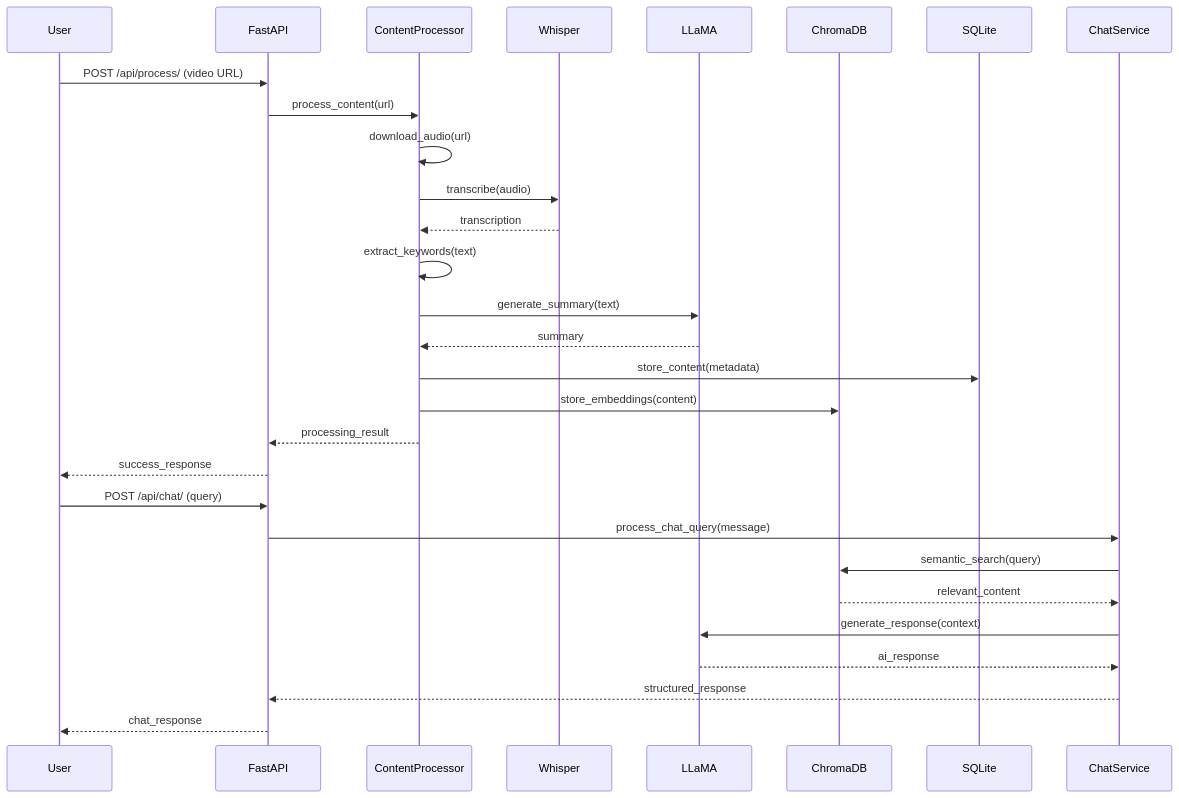
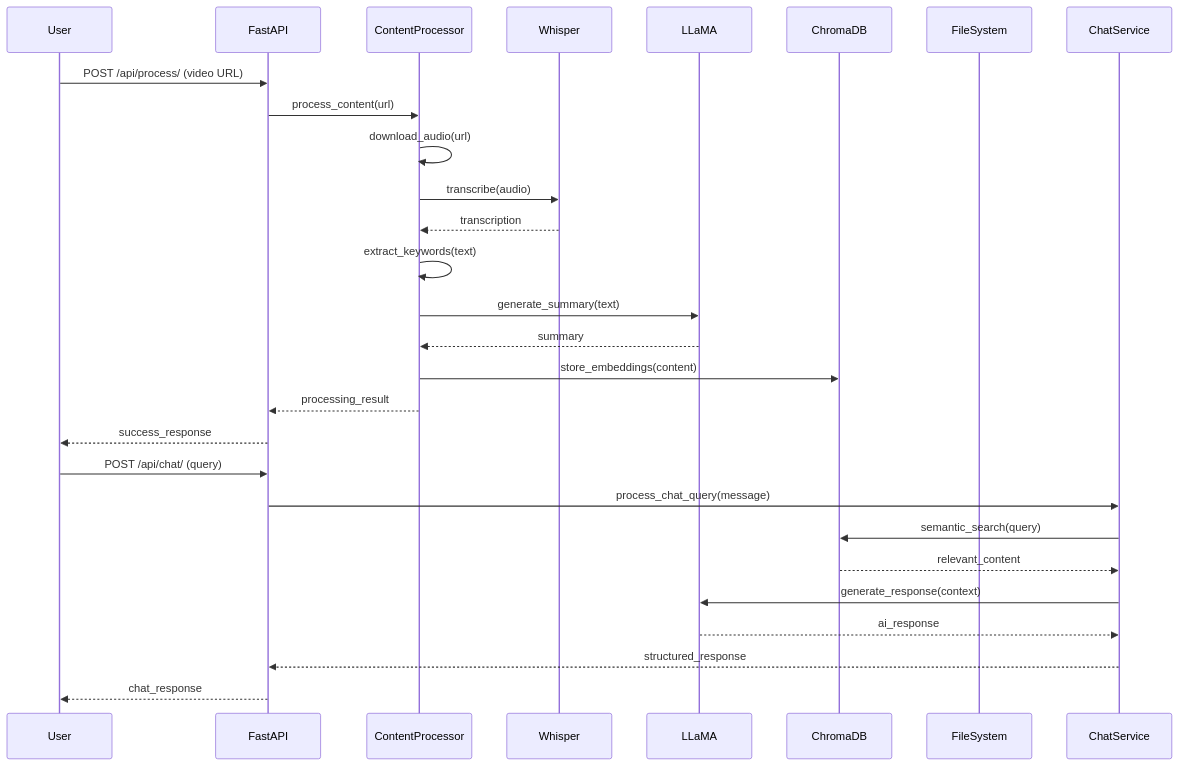
One commit to SharmaPrakhar25/social-brain changed the second of 2 diagrams in README.md. Above: the diagram before and after it, drawn with Mermaid. The commit also changed other lines of this file and 1 other file, not shown here.

````diff
--- a/README.md
+++ b/README.md
@@ -191,34 +188,33 @@
 ```mermaid
 sequenceDiagram
     participant User
     participant FastAPI
     participant ContentProcessor
     participant Whisper
     participant LLaMA
     participant ChromaDB
-    participant SQLite
+    participant FileSystem
 
     %% Content Processing Flow
     User->>FastAPI: POST /api/process/ (video URL)
     FastAPI->>ContentProcessor: process_content(url)
     ContentProcessor->>ContentProcessor: download_audio(url)
     ContentProcessor->>Whisper: transcribe(audio)
     Whisper-->>ContentProcessor: transcription
     ContentProcessor->>ContentProcessor: extract_keywords(text)
     ContentProcessor->>LLaMA: generate_summary(text)
     LLaMA-->>ContentProcessor: summary
-    ContentProcessor->>SQLite: store_content(metadata)
     ContentProcessor->>ChromaDB: store_embeddings(content)
     ContentProcessor-->>FastAPI: processing_result
     FastAPI-->>User: success_response
 
     %% Chat Flow
     User->>FastAPI: POST /api/chat/ (query)
     FastAPI->>ChatService: process_chat_query(message)
     ChatService->>ChromaDB: semantic_search(query)
     ChromaDB-->>ChatService: relevant_content
     ChatService->>LLaMA: generate_response(context)
     LLaMA-->>ChatService: ai_response
     ChatService-->>FastAPI: structured_response
     FastAPI-->>User: chat_response
 ```
````
